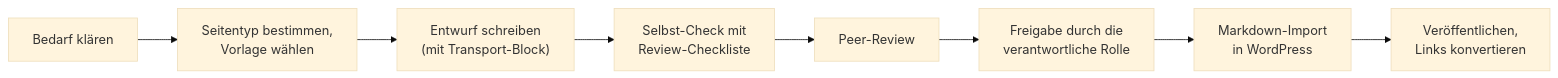
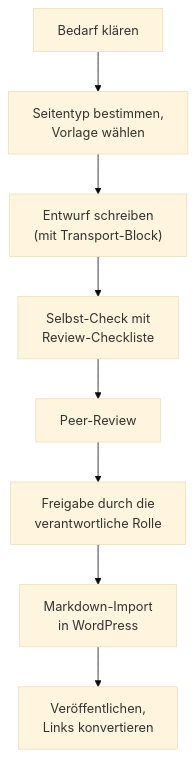
One commit to rfluethi/learn-wp-dach-team changed the diagram in handbuch/Handbuch-Erstellung/erstellungs-und-pflegeprozess.md. Above: the diagram before and after it, drawn with Mermaid (base theme). The commit also changed other lines of this file and 48 other files, not shown here.

````diff
--- a/handbuch/Handbuch-Erstellung/erstellungs-und-pflegeprozess.md
+++ b/handbuch/Handbuch-Erstellung/erstellungs-und-pflegeprozess.md
@@ -29,10 +29,10 @@
 ```mermaid
-flowchart LR
+flowchart TD
     B["Bedarf klären"] --> S["Seitentyp bestimmen,<br>Vorlage wählen"]
     S --> E["Entwurf schreiben<br>(mit Transport-Block)"]
     E --> C["Selbst-Check mit<br>Review-Checkliste"]
     C --> R["Peer-Review"]
     R --> F["Freigabe durch die<br>verantwortliche Rolle"]
     F --> I["Markdown-Import<br>in WordPress"]
     I --> V["Veröffentlichen,<br>Links konvertieren"]
 ```
````
